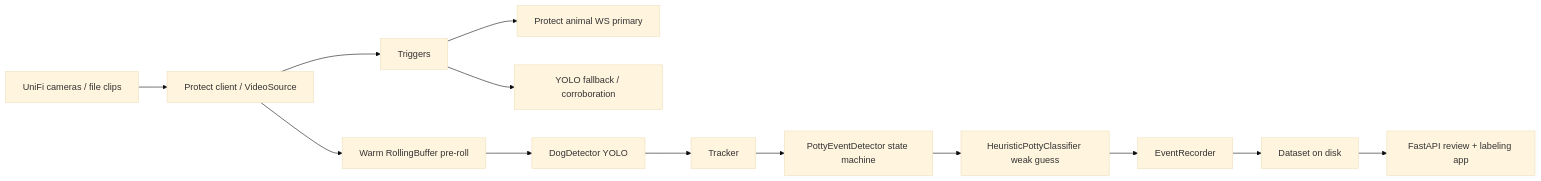
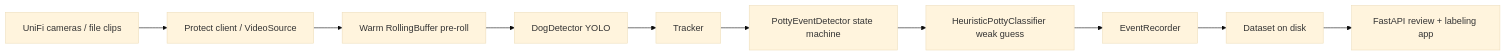
One commit to yxbh/DetectivePotty changed the diagram in README.md. Above: the diagram before and after it, drawn with Mermaid (base theme). The commit also changed other lines of this file and 28 other files, not shown here.

````diff
--- a/README.md
+++ b/README.md
@@ -13,15 +13,12 @@
 ```mermaid
 flowchart LR
     A[UniFi cameras / file clips] --> B[Protect client / VideoSource]
     B --> C[Warm RollingBuffer pre-roll]
-    B --> D[Triggers]
-    D --> D1[Protect animal WS primary]
-    D --> D2[YOLO fallback / corroboration]
     C --> E[DogDetector YOLO]
     E --> F[Tracker]
     F --> G[PottyEventDetector state machine]
     G --> H[HeuristicPottyClassifier weak guess]
     H --> I[EventRecorder]
     I --> J[Dataset on disk]
     J --> K[FastAPI review + labeling app]
 ```
````
